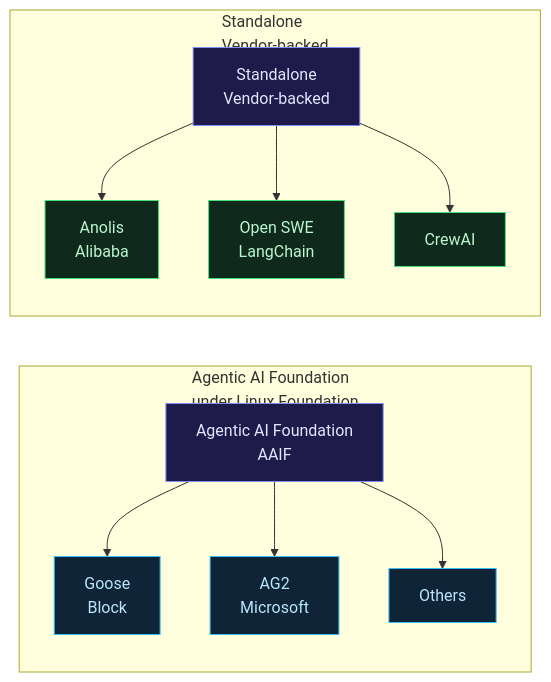
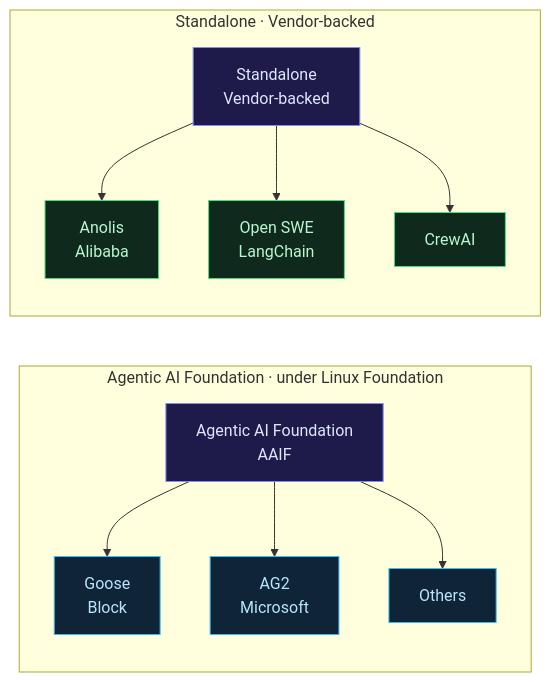
Before and after one commit to arifbazli/malay-tech-journal: the first of 4 diagrams in src/content/posts/en/age-04-agent-os-goose.md, drawn with Mermaid. The commit also changed 3 other files, not shown here.

````diff
--- a/src/content/posts/en/age-04-agent-os-goose.md
+++ b/src/content/posts/en/age-04-agent-os-goose.md
@@ -35,26 +35,26 @@
 ```mermaid
 flowchart LR
-  subgraph aaif [Agentic AI Foundation<br/>under Linux Foundation]
+  subgraph aaif [Agentic AI Foundation · under Linux Foundation]
     direction TB
     AAIF[Agentic AI Foundation<br/>AAIF]:::foundation
     G[Goose<br/>Block]:::project
     AG[AG2<br/>Microsoft]:::project
     O1[Others]:::project
     AAIF --> G
     AAIF --> AG
     AAIF --> O1
   end
-  subgraph standalone [Standalone<br/>Vendor-backed]
+  subgraph standalone [Standalone · Vendor-backed]
     direction TB
     SB[Standalone<br/>Vendor-backed]:::foundation
     AN[Anolis<br/>Alibaba]:::standalone
     OS[Open SWE<br/>LangChain]:::standalone
     CR[CrewAI]:::standalone
     SB --> AN
     SB --> OS
     SB --> CR
   end
   classDef foundation fill:#1e1b4b,stroke:#818cf8,color:#e0e7ff
   classDef project fill:#0f2436,stroke:#38bdf8,color:#bae6fd
   classDef standalone fill:#0f2a1c,stroke:#4ade80,color:#bbf7d0
 ```
````
